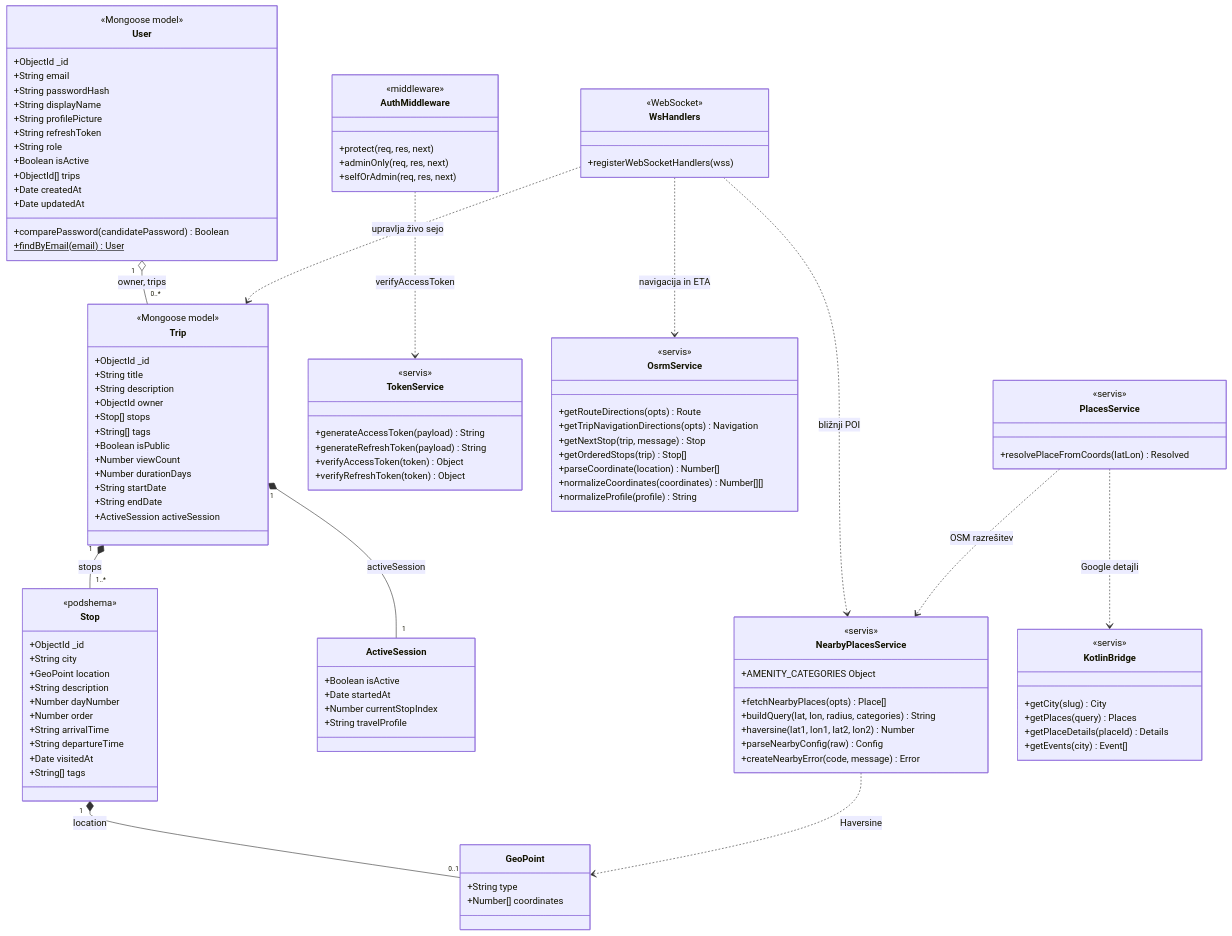
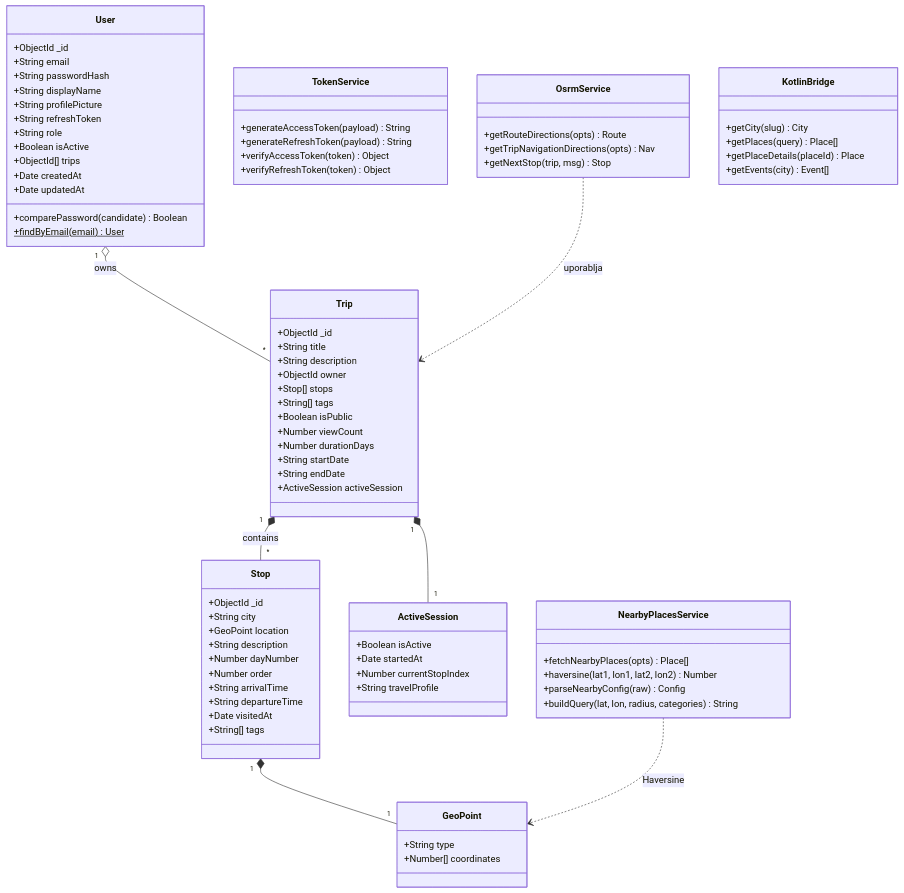
One commit to DropInSlovenia/dokumentacija changed the sixth of 11 diagrams in DOKUMENTACIJA.md. Above: the diagram before and after it, drawn with Mermaid. The commit also changed other lines of this file, not shown here.

````diff
--- a/DOKUMENTACIJA.md
+++ b/DOKUMENTACIJA.md
@@ -442,7 +414,6 @@
 ```mermaid
 classDiagram
     class User {
-        <<Mongoose model>>
         +ObjectId _id
         +String email
         +String passwordHash
@@ -454,12 +425,11 @@
         +ObjectId[] trips
         +Date createdAt
         +Date updatedAt
-        +comparePassword(candidatePassword) Boolean
+        +comparePassword(candidate) Boolean
         +findByEmail(email) User$
     }
 
     class Trip {
-        <<Mongoose model>>
         +ObjectId _id
         +String title
         +String description
@@ -475,7 +445,6 @@
     }
 
     class Stop {
-        <<podshema>>
         +ObjectId _id
         +String city
         +GeoPoint location
@@ -501,7 +470,6 @@
     }
 
     class TokenService {
-        <<servis>>
         +generateAccessToken(payload) String
         +generateRefreshToken(payload) String
         +verifyAccessToken(token) Object
@@ -509,60 +477,29 @@
     }
 
     class OsrmService {
-        <<servis>>
         +getRouteDirections(opts) Route
-        +getTripNavigationDirections(opts) Navigation
-        +getNextStop(trip, message) Stop
-        +getOrderedStops(trip) Stop[]
-        +parseCoordinate(location) Number[]
-        +normalizeCoordinates(coordinates) Number[][]
-        +normalizeProfile(profile) String
+        +getTripNavigationDirections(opts) Nav
+        +getNextStop(trip, msg) Stop
     }
 
     class NearbyPlacesService {
-        <<servis>>
-        +AMENITY_CATEGORIES Object
         +fetchNearbyPlaces(opts) Place[]
-        +buildQuery(lat, lon, radius, categories) String
         +haversine(lat1, lon1, lat2, lon2) Number
         +parseNearbyConfig(raw) Config
-        +createNearbyError(code, message) Error
-    }
-
-    class PlacesService {
-        <<servis>>
-        +resolvePlaceFromCoords(latLon) Resolved
+        +buildQuery(lat, lon, radius, categories) String
     }
 
     class KotlinBridge {
-        <<servis>>
         +getCity(slug) City
-        +getPlaces(query) Places
-        +getPlaceDetails(placeId) Details
+        +getPlaces(query) Place[]
+        +getPlaceDetails(placeId) Place
         +getEvents(city) Event[]
     }
 
-    class AuthMiddleware {
-        <<middleware>>
-        +protect(req, res, next)
-        +adminOnly(req, res, next)
-        +selfOrAdmin(req, res, next)
-    }
-
-    class WsHandlers {
-        <<WebSocket>>
-        +registerWebSocketHandlers(wss)
-    }
-
-    User "1" o-- "0..*" Trip : owner, trips
-    Trip "1" *-- "1..*" Stop : stops
-    Trip "1" *-- "1" ActiveSession : activeSession
-    Stop "1" *-- "0..1" GeoPoint : location
-    AuthMiddleware ..> TokenService : verifyAccessToken
-    WsHandlers ..> OsrmService : navigacija in ETA
-    WsHandlers ..> NearbyPlacesService : bližnji POI
-    WsHandlers ..> Trip : upravlja živo sejo
-    PlacesService ..> NearbyPlacesService : OSM razrešitev
-    PlacesService ..> KotlinBridge : Google detajli
+    User "1" o-- "*" Trip : owns
+    Trip "1" *-- "*" Stop : contains
+    Trip "1" *-- "1" ActiveSession
+    Stop "1" *-- "1" GeoPoint
+    OsrmService ..> Trip : uporablja
     NearbyPlacesService ..> GeoPoint : Haversine
 ```
````
